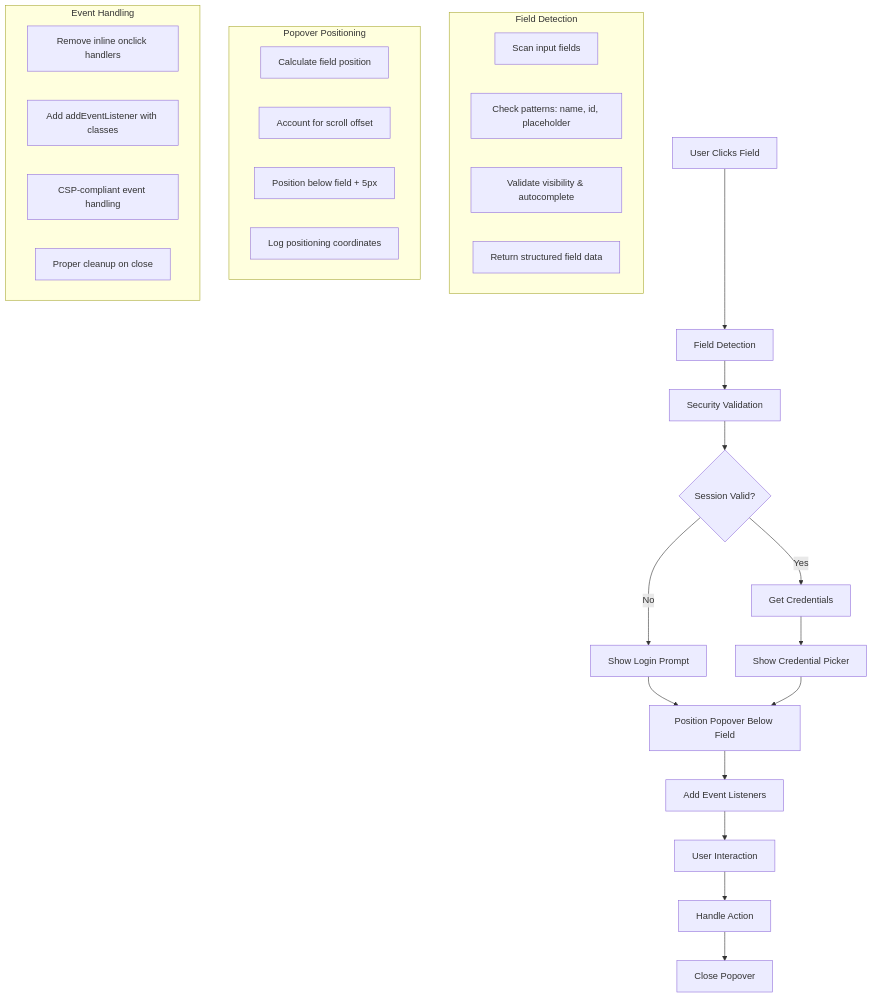
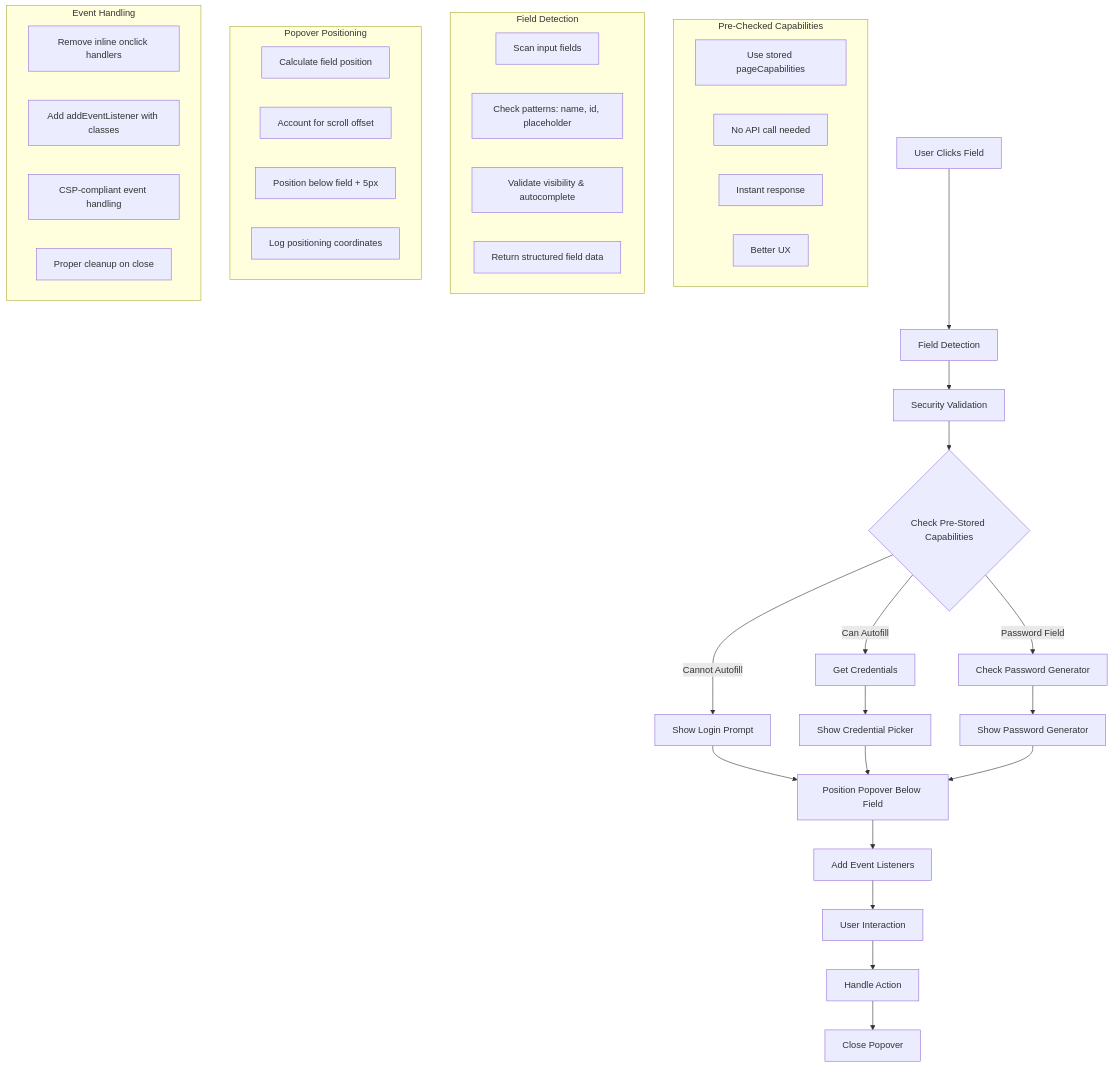
The second of 6 diagrams in packages/extension/README.md (Bptmn/SimpliPass-Chrome-Extension), drawn with Mermaid before and after one commit. The commit also changed other lines of this file, not shown here.

First line of the commit message:
docs: Update README with pre-checked page capabilities approach

````diff
--- a/packages/extension/README.md
+++ b/packages/extension/README.md
@@ -83,36 +105,46 @@
 ```mermaid
 graph TD
     A[User Clicks Field] --> B[Field Detection]
     B --> C[Security Validation]
-    C --> D{Session Valid?}
-    D -->|No| E[Show Login Prompt]
-    D -->|Yes| F[Get Credentials]
-    F --> G[Show Credential Picker]
-    E --> H[Position Popover Below Field]
-    G --> H
-    H --> I[Add Event Listeners]
-    I --> J[User Interaction]
-    J --> K[Handle Action]
-    K --> L[Close Popover]
+    C --> D{Check Pre-Stored Capabilities}
+    D -->|Can Autofill| E[Get Credentials]
+    D -->|Cannot Autofill| F[Show Login Prompt]
+    D -->|Password Field| G[Check Password Generator]
+    E --> H[Show Credential Picker]
+    F --> I[Position Popover Below Field]
+    G --> J[Show Password Generator]
+    H --> I
+    J --> I
+    I --> K[Add Event Listeners]
+    K --> L[User Interaction]
+    L --> M[Handle Action]
+    M --> N[Close Popover]
+    
+    subgraph "Pre-Checked Capabilities"
+        D1[Use stored pageCapabilities]
+        D2[No API call needed]
+        D3[Instant response]
+        D4[Better UX]
+    end
     
     subgraph "Field Detection"
         B1[Scan input fields]
         B2[Check patterns: name, id, placeholder]
         B3[Validate visibility & autocomplete]
         B4[Return structured field data]
     end
     
     subgraph "Popover Positioning"
-        H1[Calculate field position]
-        H2[Account for scroll offset]
-        H3[Position below field + 5px]
-        H4[Log positioning coordinates]
+        I1[Calculate field position]
+        I2[Account for scroll offset]
+        I3[Position below field + 5px]
+        I4[Log positioning coordinates]
     end
     
     subgraph "Event Handling"
-        I1[Remove inline onclick handlers]
-        I2[Add addEventListener with classes]
-        I3[CSP-compliant event handling]
-        I4[Proper cleanup on close]
+        K1[Remove inline onclick handlers]
+        K2[Add addEventListener with classes]
+        K3[CSP-compliant event handling]
+        K4[Proper cleanup on close]
     end
 ```
````
